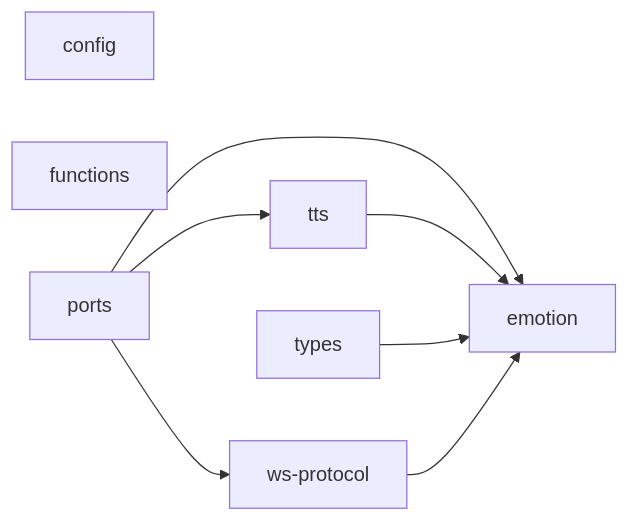
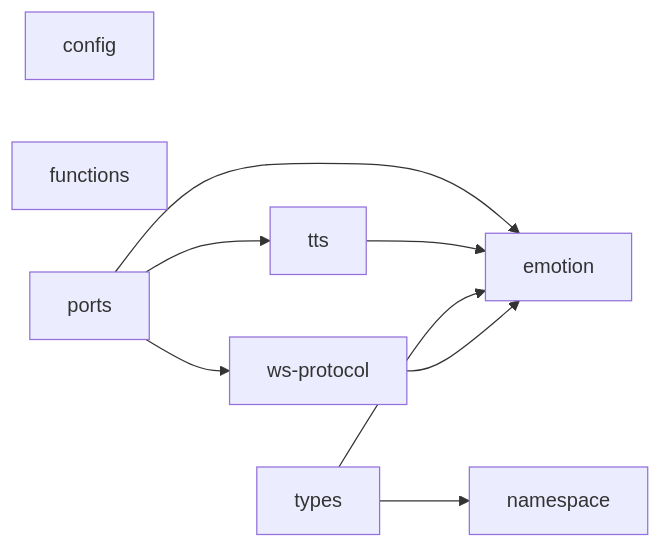
The diagram in packages/shared/DEPS.md (OJII3/vicissitude), drawn with Mermaid before and after one commit. The commit also changed other lines of this file and 29 other files, not shown here.

````diff
--- a/packages/shared/DEPS.md
+++ b/packages/shared/DEPS.md
@@ -7,12 +7,14 @@
 ```mermaid
 graph LR
   config
   emotion
   functions
+  namespace
   ports --> emotion
   ports --> tts
   ports --> ws_protocol["ws-protocol"]
   tts --> emotion
   types --> emotion
+  types --> namespace
   ws_protocol["ws-protocol"] --> emotion
 ```
````
